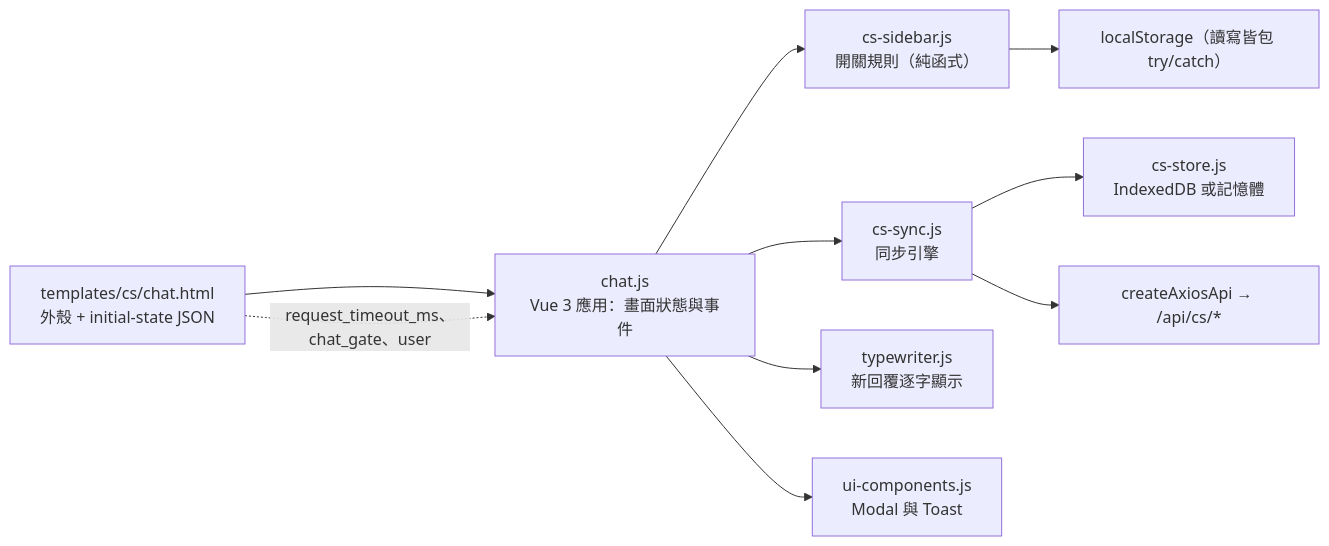
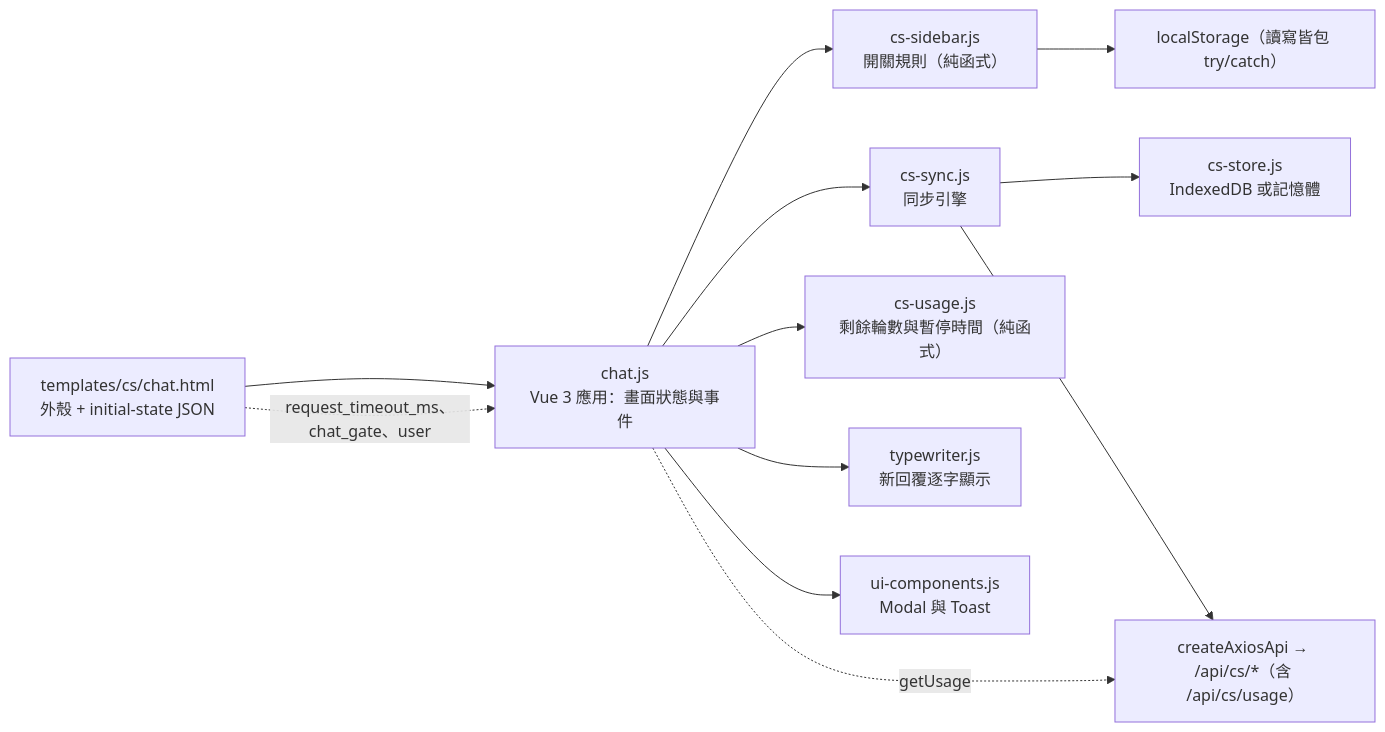
The second of 4 diagrams in docs/前端結構-frontend.md (pp466pp466/R.A.C), drawn with Mermaid before and after one commit. The commit also changed other lines of this file and 60 other files, not shown here.

````diff
--- a/docs/前端結構-frontend.md
+++ b/docs/前端結構-frontend.md
@@ -35,13 +35,15 @@
 ```mermaid
 flowchart LR
     Html["templates/cs/chat.html<br/>外殼 + initial-state JSON"] --> Chat
     Chat["chat.js<br/>Vue 3 應用：畫面狀態與事件"]
     Chat --> Sidebar["cs-sidebar.js<br/>開關規則（純函式）"]
     Chat --> Sync["cs-sync.js<br/>同步引擎"]
+    Chat --> Usage["cs-usage.js<br/>剩餘輪數與暫停時間（純函式）"]
     Chat --> Tw["typewriter.js<br/>新回覆逐字顯示"]
     Chat --> Ui["ui-components.js<br/>Modal 與 Toast"]
     Sync --> Store["cs-store.js<br/>IndexedDB 或記憶體"]
-    Sync --> Api["createAxiosApi → /api/cs/*"]
+    Sync --> Api["createAxiosApi → /api/cs/*（含 /api/cs/usage）"]
+    Chat -.->|"getUsage"| Api
     Sidebar --> Ls["localStorage（讀寫皆包 try/catch）"]
     Html -.->|"request_timeout_ms、chat_gate、user"| Chat
 ```
````
